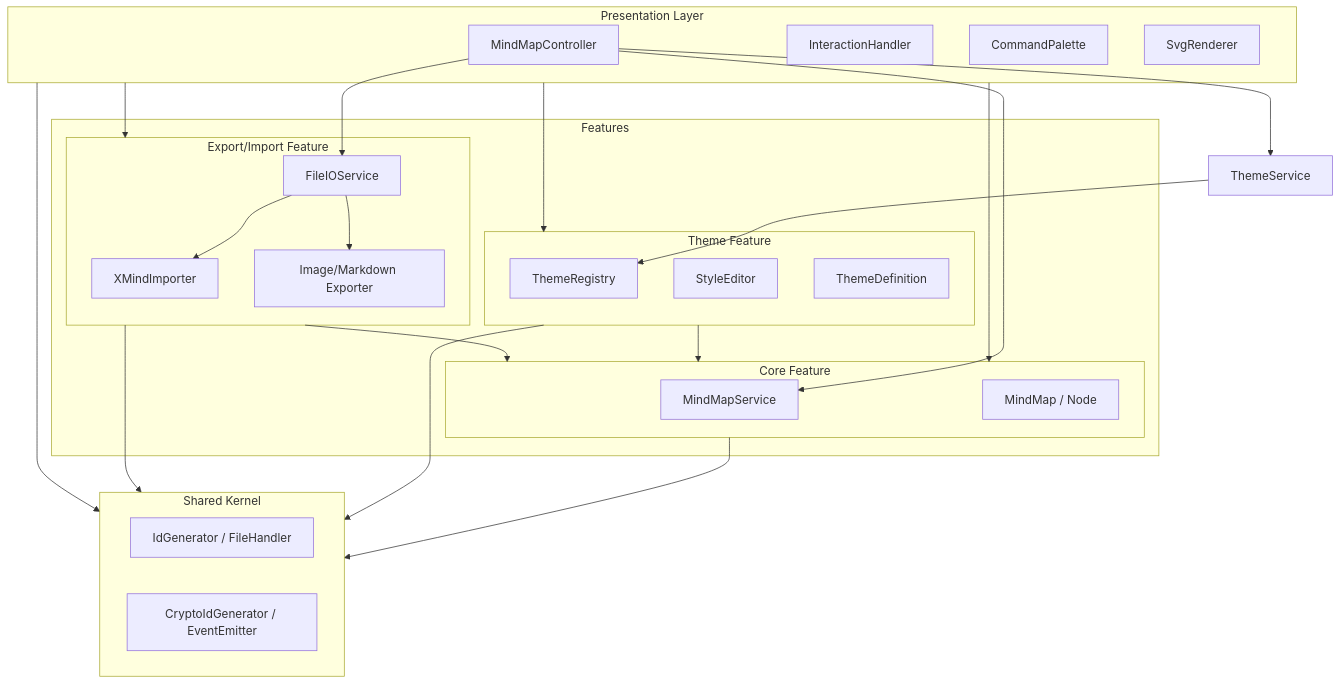
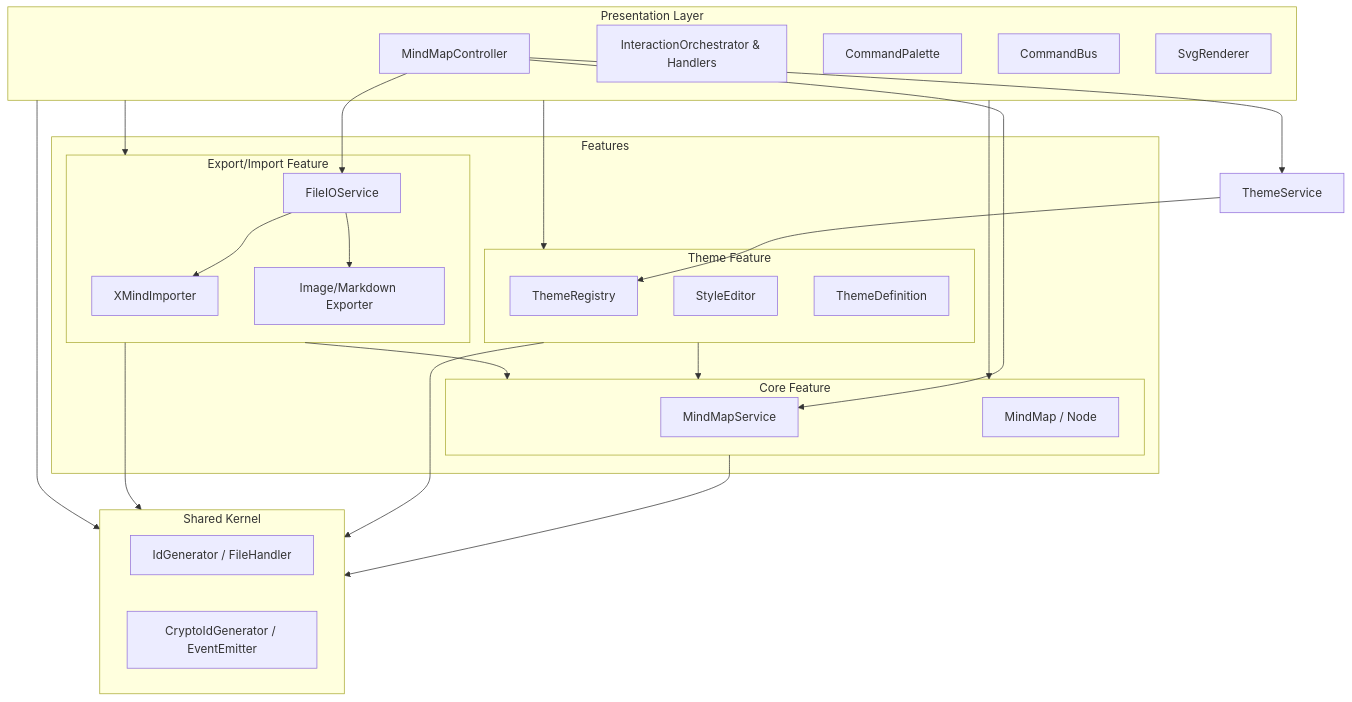
The first of 7 diagrams in docs/SOFTWARE_ARCHITECTURE.md (hiroooo000/kakidash), drawn with Mermaid before and after one commit. The commit also changed other lines of this file and 17 other files, not shown here.

First line of the commit message:
refactor(interaction): Implement InteractionOrchestrator and CommandBus

````diff
--- a/docs/SOFTWARE_ARCHITECTURE.md
+++ b/docs/SOFTWARE_ARCHITECTURE.md
@@ -10,57 +10,58 @@
 ```mermaid
 graph TD
     subgraph Presentation ["Presentation Layer"]
         Controller[MindMapController]
-        Interaction[InteractionHandler]
+        Interaction[InteractionOrchestrator & Handlers]
         Command[CommandPalette]
+        CmdBus[CommandBus]
         View[SvgRenderer]
     end
 
     subgraph Features ["Features"]
         subgraph Core ["Core Feature"]
             Service[MindMapService]
             DomainEntities[MindMap / Node]
         end
 
         subgraph Theme ["Theme Feature"]
             ThemeReg[ThemeRegistry]
             StyleEd[StyleEditor]
             ThemeDef[ThemeDefinition]
         end
 
         subgraph Export ["Export/Import Feature"]
             Importers[XMindImporter]
             Exporters[Image/Markdown Exporter]
             FileIO[FileIOService]
         end
     end
 
     subgraph Shared ["Shared Kernel"]
         Kernel[IdGenerator / FileHandler]
         Infra[CryptoIdGenerator / EventEmitter]
     end
 
     %% Dependencies
     Presentation --> Core
     Presentation --> Theme
     Presentation --> Export
     
     %% Feature Inter-dependencies
     Theme --> Core
     Export --> Core
 
     %% Cross-cutting
     Core --> Shared
     Theme --> Shared
     Export --> Shared
     Presentation --> Shared
 
     %% Specific wiring
     Controller --> Service
     Controller --> ThemeService
     Controller --> FileIO
 
     ThemeService --> ThemeReg
     FileIO --> Exporters
     FileIO --> Importers
 ```
````
